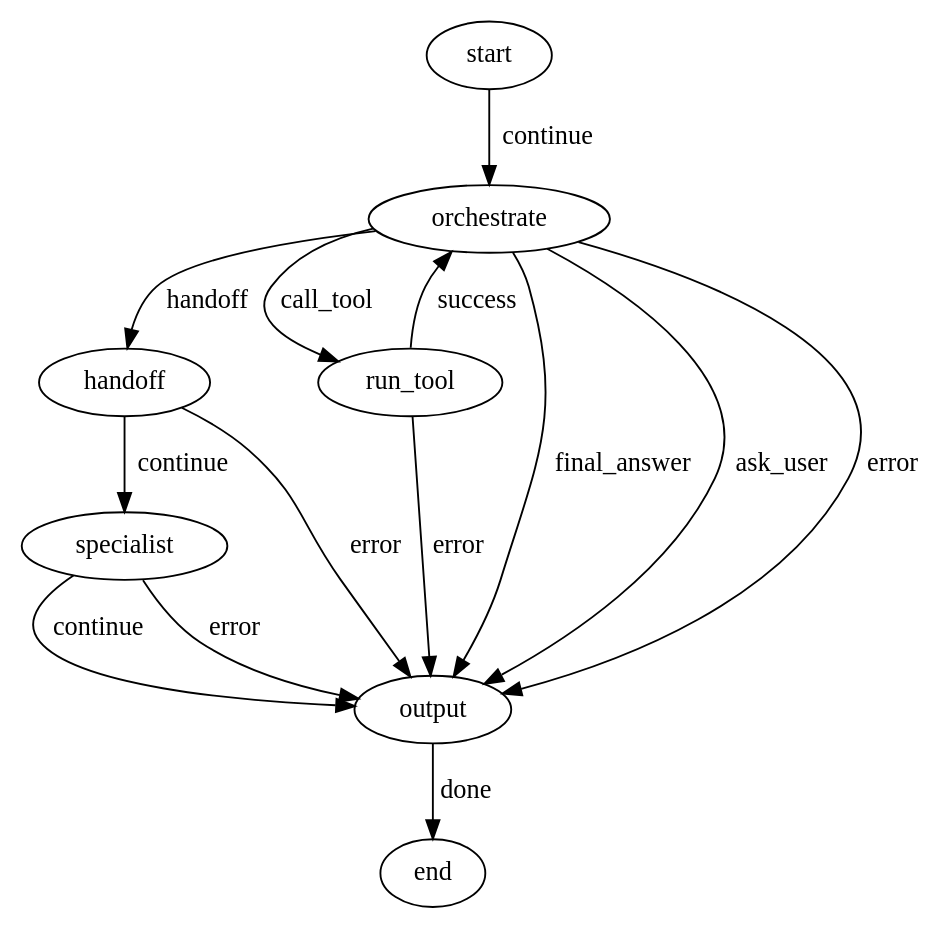
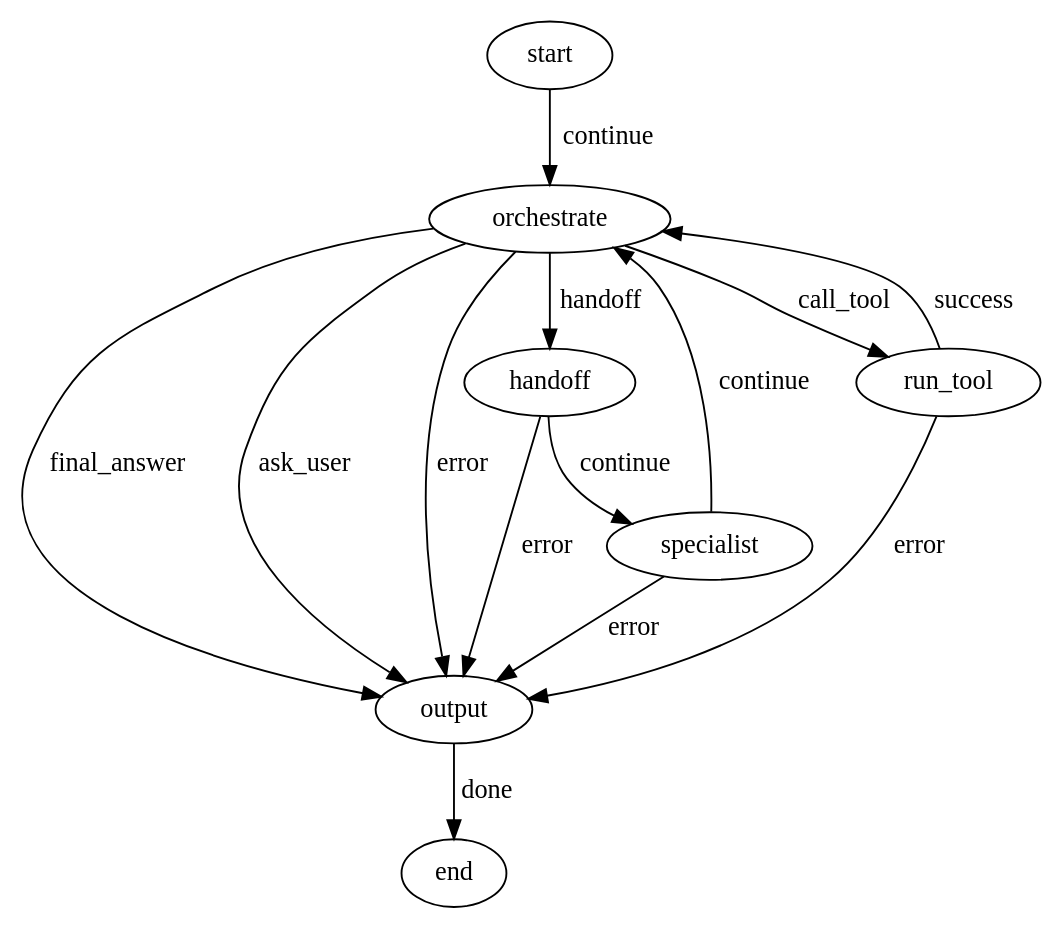
One commit to petarkabashki/pocketcode changed the diagram in pocketcode/plugins/core/workflows/orchestrator.md. Above: the diagram before and after it, drawn with Graphviz. The commit also changed 8 other files, not shown here.

````diff
--- a/pocketcode/plugins/core/workflows/orchestrator.md
+++ b/pocketcode/plugins/core/workflows/orchestrator.md
@@ -22,30 +22,30 @@
 ```dot
 digraph orchestrator {
   start [kind="start"];
   orchestrate [kind="agent" agent="micromanager"];
   handoff [kind="handoff"];
   specialist [kind="flow" flow="single_agent"];
   run_tool [kind="tool"];
   output [kind="output"];
   end [kind="end"];
 
   start -> orchestrate [label="continue"];
 
   orchestrate -> run_tool [label="call_tool"];
   orchestrate -> handoff [label="handoff"];
   orchestrate -> output [label="final_answer"];
   orchestrate -> output [label="ask_user"];
   orchestrate -> output [label="error"];
 
   run_tool -> orchestrate [label="success"];
   run_tool -> output [label="error"];
 
   handoff -> specialist [label="continue"];
   handoff -> output [label="error"];
 
-  specialist -> output [label="continue"];
+  specialist -> orchestrate [label="continue"];
   specialist -> output [label="error"];
 
   output -> end [label="done"];
 }
 ```
````
